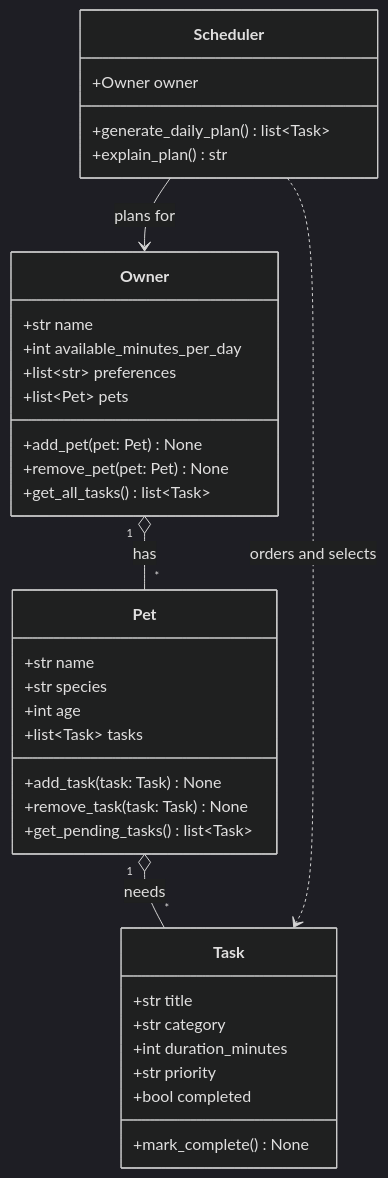
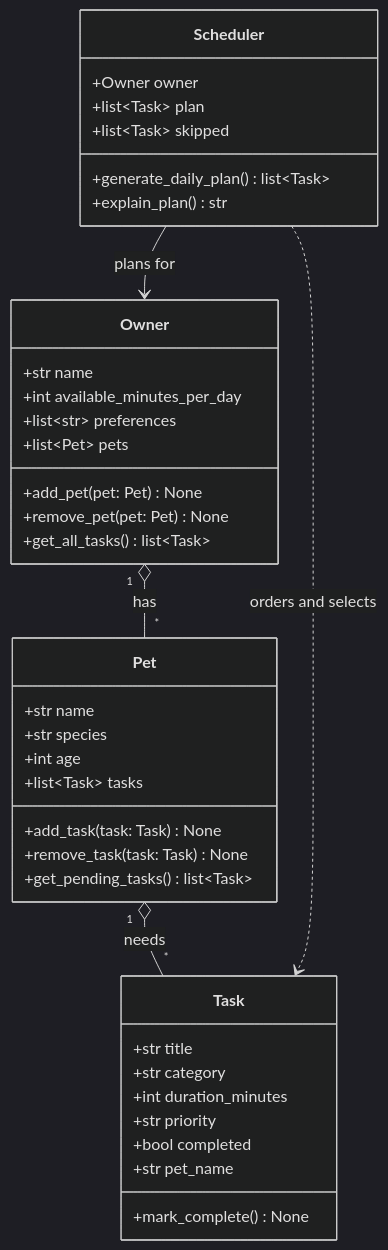
The diagram in diagrams/uml_draft.mmd (johnspaugh/ai110-module2show-pawpal-starter), drawn with Mermaid (dark theme) before and after one commit. The commit also changed 6 other files, not shown here.

```diff
--- a/diagrams/uml_draft.mmd
+++ b/diagrams/uml_draft.mmd
@@ -1,40 +1,43 @@
 classDiagram
     class Owner {
         +str name
         +int available_minutes_per_day
         +list~str~ preferences
         +list~Pet~ pets
         +add_pet(pet: Pet) None
         +remove_pet(pet: Pet) None
         +get_all_tasks() list~Task~
     }
 
     class Pet {
         +str name
         +str species
         +int age
         +list~Task~ tasks
         +add_task(task: Task) None
         +remove_task(task: Task) None
         +get_pending_tasks() list~Task~
     }
 
     class Task {
         +str title
         +str category
         +int duration_minutes
         +str priority
         +bool completed
+        +str pet_name
         +mark_complete() None
     }
 
     class Scheduler {
         +Owner owner
+        +list~Task~ plan
+        +list~Task~ skipped
         +generate_daily_plan() list~Task~
         +explain_plan() str
     }
 
     Owner "1" o-- "*" Pet : has
     Pet "1" o-- "*" Task : needs
     Scheduler --> Owner : plans for
     Scheduler ..> Task : orders and selects
```
